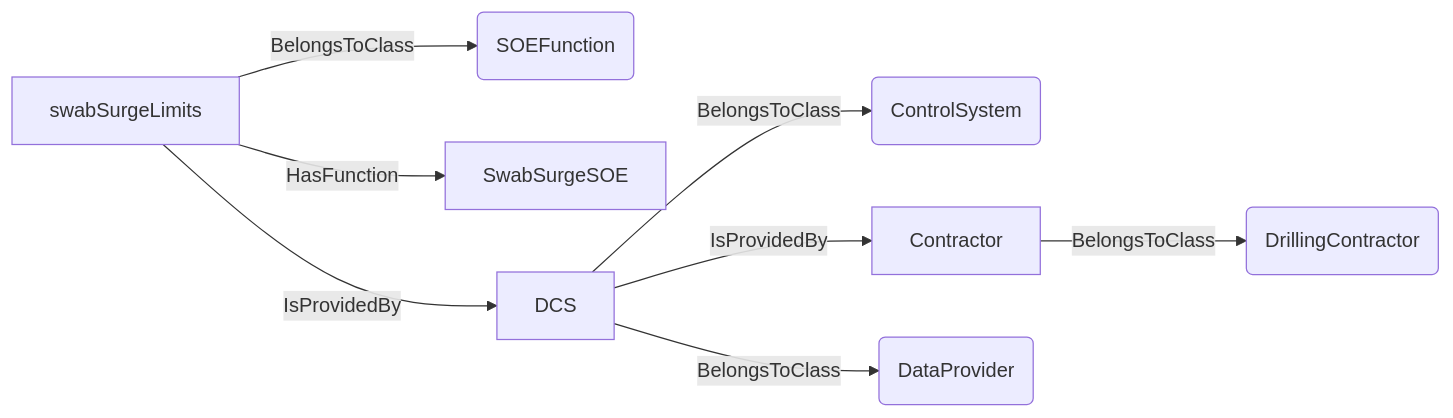
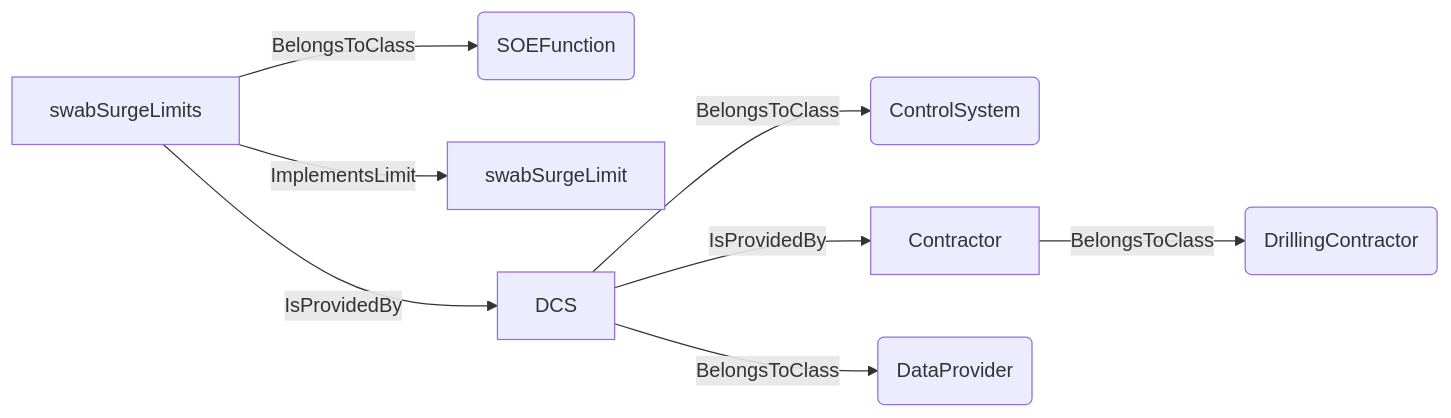
Before and after one commit to D-WIS/DDHub-Semantic-Interoperability: the eighth of 20 diagrams in docs/vocabulary_development/auto-generated/md/definition-files/ADCS.md, drawn with Mermaid. The commit also changed other lines of this file and 16 other files, not shown here.

````diff
--- a/docs/vocabulary_development/auto-generated/md/definition-files/ADCS.md
+++ b/docs/vocabulary_development/auto-generated/md/definition-files/ADCS.md
@@ -343,10 +345,10 @@
 ```mermaid
 graph LR
 	N0000[swabSurgeLimits] -->|BelongsToClass| N0001(SOEFunction) 
-	N0000[swabSurgeLimits] -->|HasFunction| N0002["SwabSurgeSOE"] 
+	N0000[swabSurgeLimits] -->|ImplementsLimit| N0002[swabSurgeLimit] 
 	N0003[DCS] -->|BelongsToClass| N0004(ControlSystem) 
 	N0005[Contractor] -->|BelongsToClass| N0006(DrillingContractor) 
 	N0003[DCS] -->|IsProvidedBy| N0005[Contractor] 
 	N0003[DCS] -->|BelongsToClass| N0007(DataProvider) 
 	N0000[swabSurgeLimits] -->|IsProvidedBy| N0003[DCS] 
 ```
````
